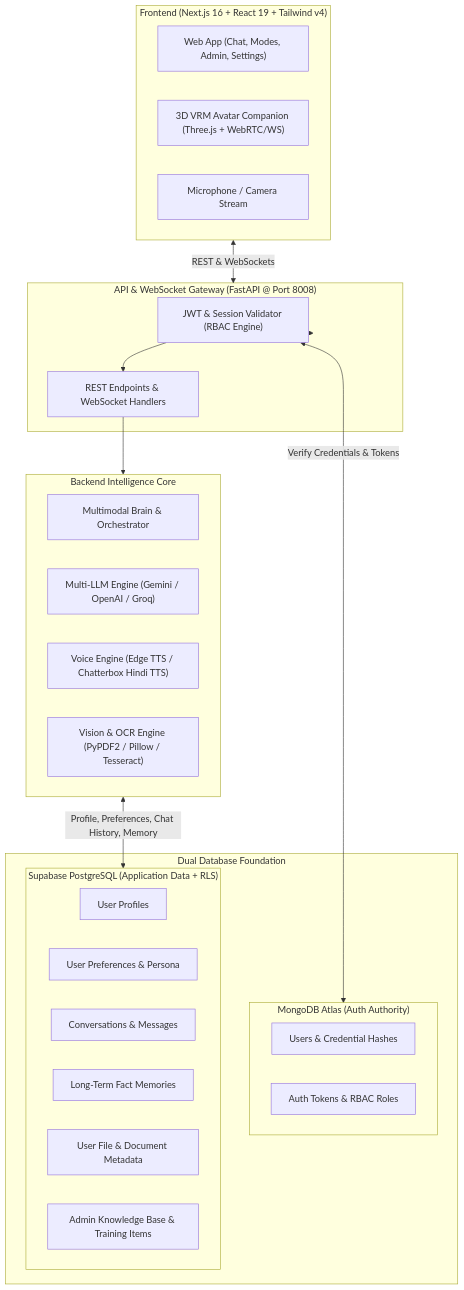
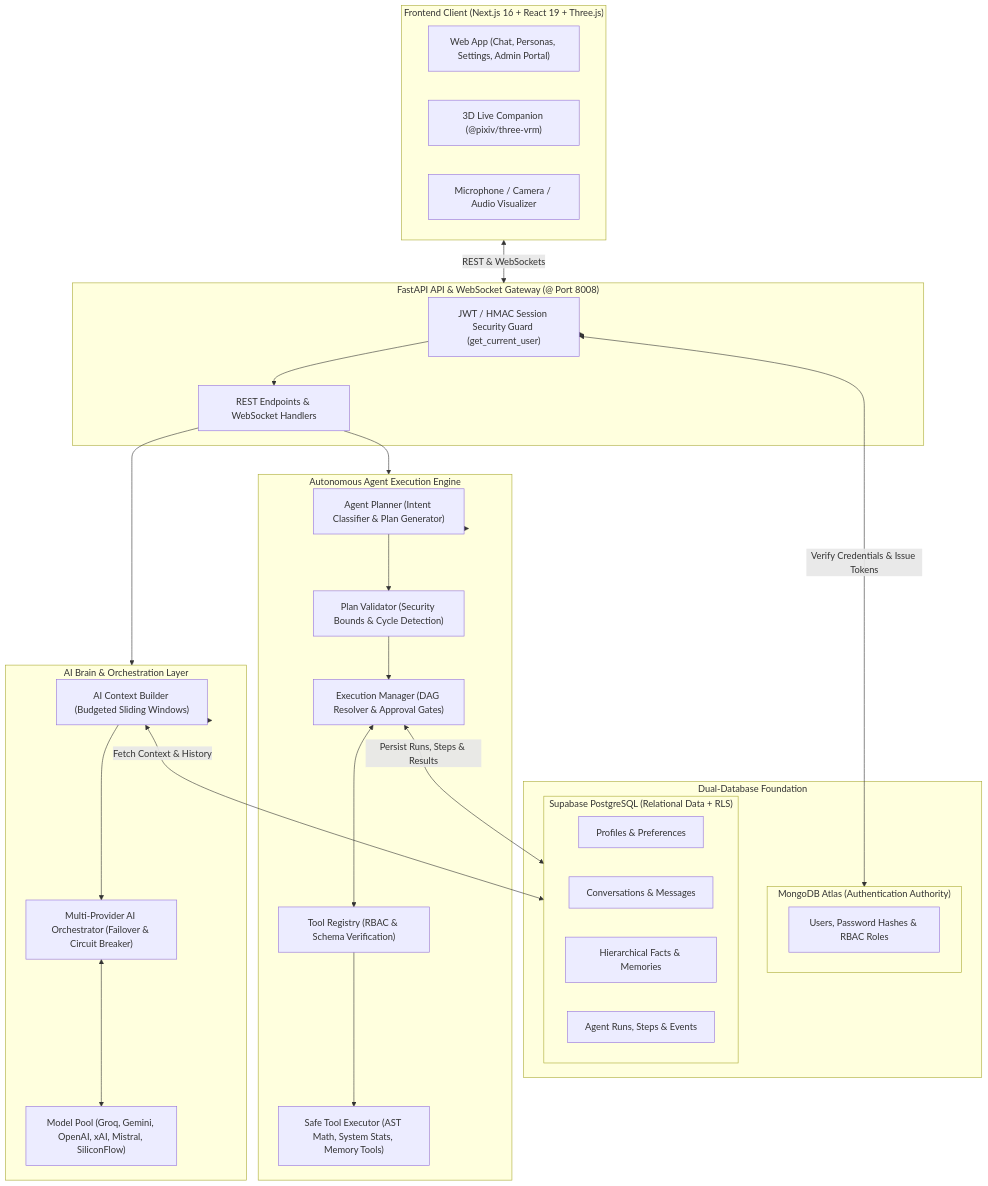
The diagram in README.md (lwavee/sarala-ai), drawn with Mermaid before and after one commit. The commit also changed other lines of this file and 68 other files, not shown here.

Commit message:
feat(core): implement Tasks 1.3-1.10 - AI Agent Planning & Execution Engine, Tools, Orchestrator, Context, QA Suite, and comprehensive documentation

````diff
--- a/README.md
+++ b/README.md
@@ -28,42 +31,53 @@
 ```mermaid
 flowchart TD
-    subgraph Client["Frontend (Next.js 16 + React 19 + Tailwind v4)"]
-        UI["Web App (Chat, Modes, Admin, Settings)"]
-        Live3D["3D VRM Avatar Companion (Three.js + WebRTC/WS)"]
-        AudioIn["Microphone / Camera Stream"]
+    subgraph Client["Frontend Client (Next.js 16 + React 19 + Three.js)"]
+        UI["Web App (Chat, Personas, Settings, Admin Portal)"]
+        VRM["3D Live Companion (@pixiv/three-vrm)"]
+        AudioStream["Microphone / Camera / Audio Visualizer"]
     end
 
-    subgraph Gateway["API & WebSocket Gateway (FastAPI @ Port 8008)"]
-        AuthMiddleware["JWT & Session Validator (RBAC Engine)"]
-        Router["REST Endpoints & WebSocket Handlers"]
+    subgraph Gateway["FastAPI API & WebSocket Gateway (@ Port 8008)"]
+        AuthGuard["JWT / HMAC Session Security Guard (get_current_user)"]
+        APIRouter["REST Endpoints & WebSocket Handlers"]
     end
 
-    subgraph CoreEngine["Backend Intelligence Core"]
-        Brain["Multimodal Brain & Orchestrator"]
-        LLMs["Multi-LLM Engine (Gemini / OpenAI / Groq)"]
-        VoiceEngine["Voice Engine (Edge TTS / Chatterbox Hindi TTS)"]
-        VisionEngine["Vision & OCR Engine (PyPDF2 / Pillow / Tesseract)"]
+    subgraph CoreEngine["AI Brain & Orchestration Layer"]
+        ContextBuilder["AI Context Builder (Budgeted Sliding Windows)"]
+        Orchestrator["Multi-Provider AI Orchestrator (Failover & Circuit Breaker)"]
+        LLMs["Model Pool (Groq, Gemini, OpenAI, xAI, Mistral, SiliconFlow)"]
     end
 
-    subgraph DataLayer["Dual Database Foundation"]
-        subgraph Mongo["MongoDB Atlas (Auth Authority)"]
-            Users["Users & Credential Hashes"]
-            Tokens["Auth Tokens & RBAC Roles"]
+    subgraph AgentSystem["Autonomous Agent Execution Engine"]
+        Planner["Agent Planner (Intent Classifier & Plan Generator)"]
+        Validator["Plan Validator (Security Bounds & Cycle Detection)"]
+        ExecManager["Execution Manager (DAG Resolver & Approval Gates)"]
+        ToolRegistry["Tool Registry (RBAC & Schema Verification)"]
+        ToolExecutor["Safe Tool Executor (AST Math, System Stats, Memory Tools)"]
+    end
+
+    subgraph Persistence["Dual-Database Foundation"]
+        subgraph Mongo["MongoDB Atlas (Authentication Authority)"]
+            Users["Users, Password Hashes & RBAC Roles"]
         end
-        subgraph Supa["Supabase PostgreSQL (Application Data + RLS)"]
-            Profiles["User Profiles"]
-            Prefs["User Preferences & Persona"]
-            Convs["Conversations & Messages"]
-            Mems["Long-Term Fact Memories"]
-            Files["User File & Document Metadata"]
-            Knowledge["Admin Knowledge Base & Training Items"]
+        subgraph Supabase["Supabase PostgreSQL (Relational Data + RLS)"]
+            Profiles["Profiles & Preferences"]
+            ChatData["Conversations & Messages"]
+            Memories["Hierarchical Facts & Memories"]
+            AgentState["Agent Runs, Steps & Events"]
         end
     end
 
     Client <-->|REST & WebSockets| Gateway
-    Gateway --> AuthMiddleware
-    AuthMiddleware <-->|Verify Credentials & Tokens| Mongo
-    AuthMiddleware --> Router
-    Router --> CoreEngine
-    CoreEngine <-->|Profile, Preferences, Chat History, Memory| Supa
+    Gateway --> AuthGuard
+    AuthGuard <-->|Verify Credentials & Issue Tokens| Mongo
+    AuthGuard --> APIRouter
+    APIRouter --> CoreEngine
+    CoreEngine --> ContextBuilder
+    ContextBuilder <-->|Fetch Context & History| Supabase
+    ContextBuilder --> Orchestrator
+    Orchestrator <--> LLMs
+    APIRouter --> AgentSystem
+    AgentSystem --> Planner --> Validator --> ExecManager
+    ExecManager <--> ToolRegistry --> ToolExecutor
+    ExecManager <-->|Persist Runs, Steps & Results| Supabase
 ```
````
